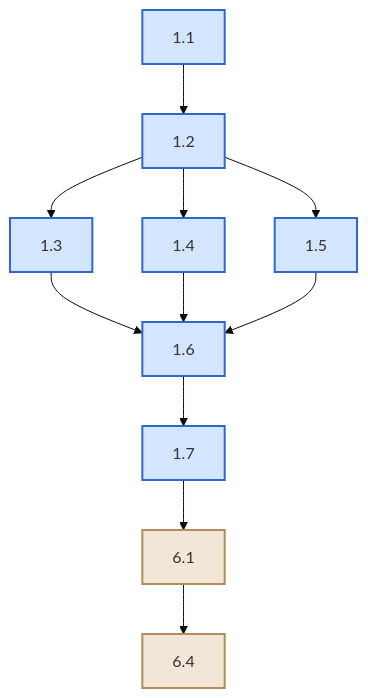
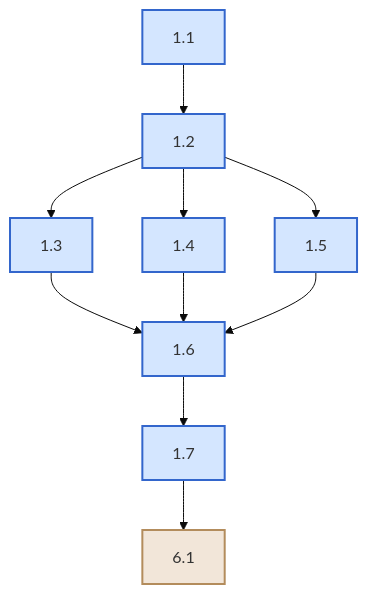
One commit to Oldranda1414/SP2PFL-ProjectManagement changed the first of 11 diagrams in docs/planning.md. Above: the diagram before and after it, drawn with Mermaid (base theme). The commit also changed other lines of this file, not shown here.

Commit message:
completed mini dependency graphs

````diff
--- a/docs/planning.md
+++ b/docs/planning.md
@@ -471,28 +471,26 @@
 ```mermaid
 graph TD
     %% Activities
     1.1:::research
     1.2:::research
     1.3:::research
     1.4:::research
     1.5:::research
     1.6:::research
     1.7:::research
     6.1:::qa
-    6.4:::qa
 
     %% Dependencies
     1.1 --> 1.2
     1.2 --> 1.3
     1.2 --> 1.4
     1.2 --> 1.5
     1.3 --> 1.6
     1.4 --> 1.6
     1.5 --> 1.6
     1.6 --> 1.7
     1.7 --> 6.1
-    6.1 --> 6.4
 
     classDef research fill:#d4e6ff,stroke:#3366cc,stroke-width:2px
     classDef qa fill:#f2e6d9,stroke:#b38c5c,stroke-width:2px
 ```
````
